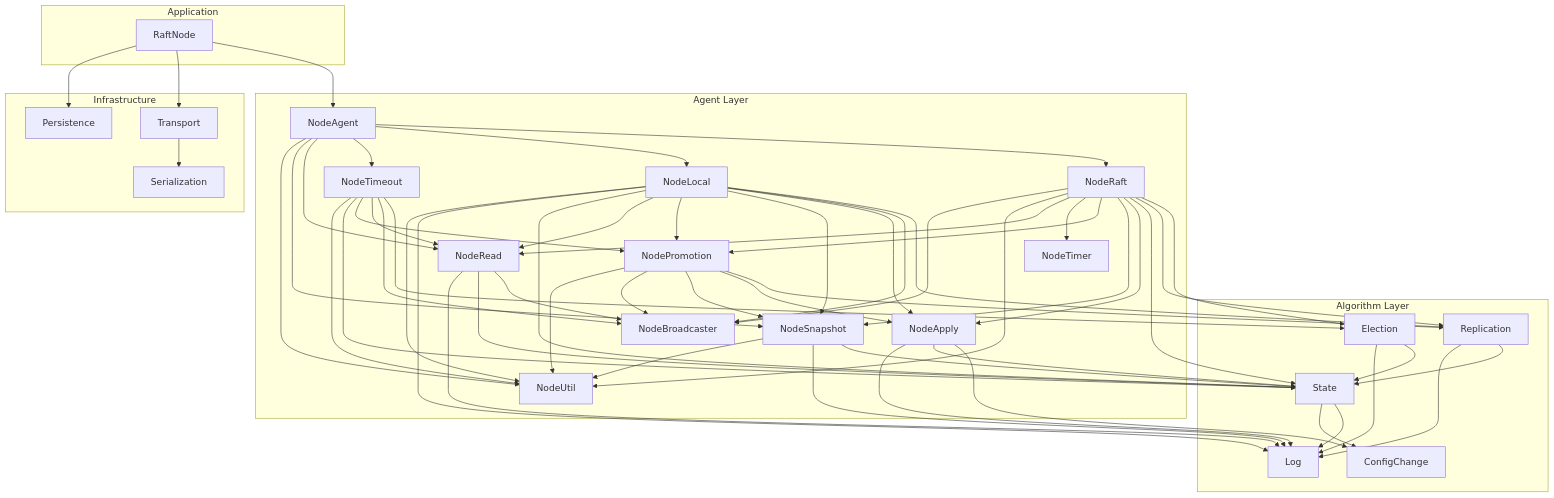
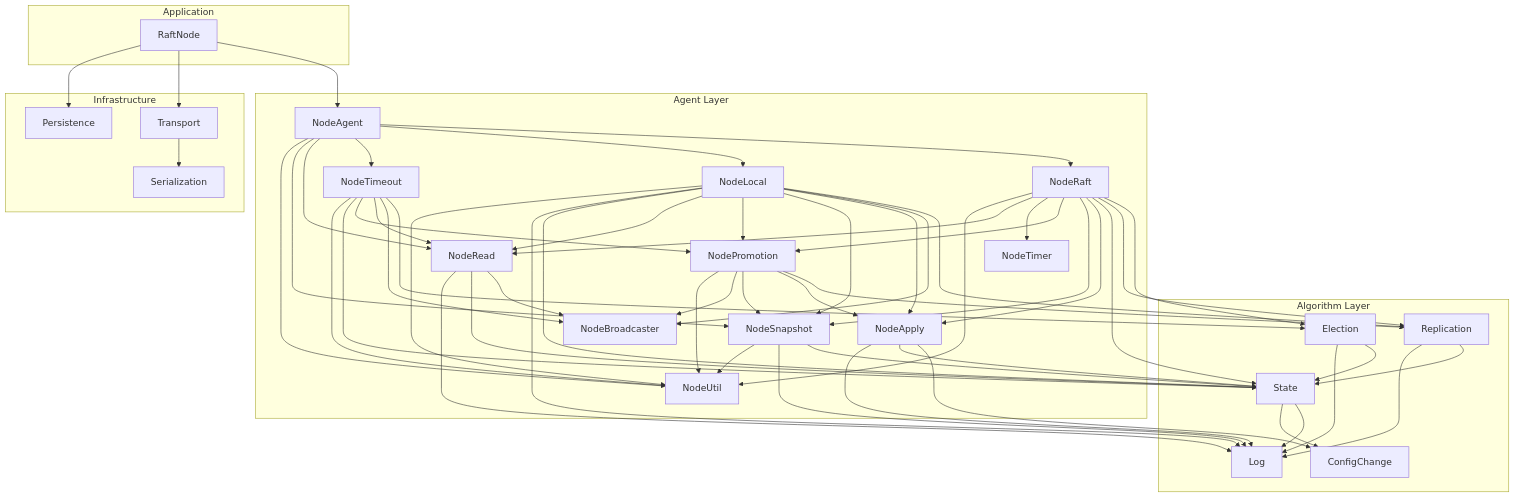
Before and after one commit to nwtks/raft: the second of 2 diagrams in docs/architecture.md, drawn with Mermaid. The commit also changed other lines of this file and 3 other files, not shown here.

Commit message:
docs: update architecture diagrams and documentation, and clarify cyclomatic complexity reporting

```diff
--- a/docs/architecture.md
+++ b/docs/architecture.md
@@ -309,7 +320,6 @@
     NodeRaft --> NodeTimer
     NodeRaft --> NodeRead
     NodeRaft --> NodeUtil
-    NodeRaft --> NodeBroadcaster
 
     NodeLocal --> Replication
     NodeLocal --> NodeBroadcaster
```
